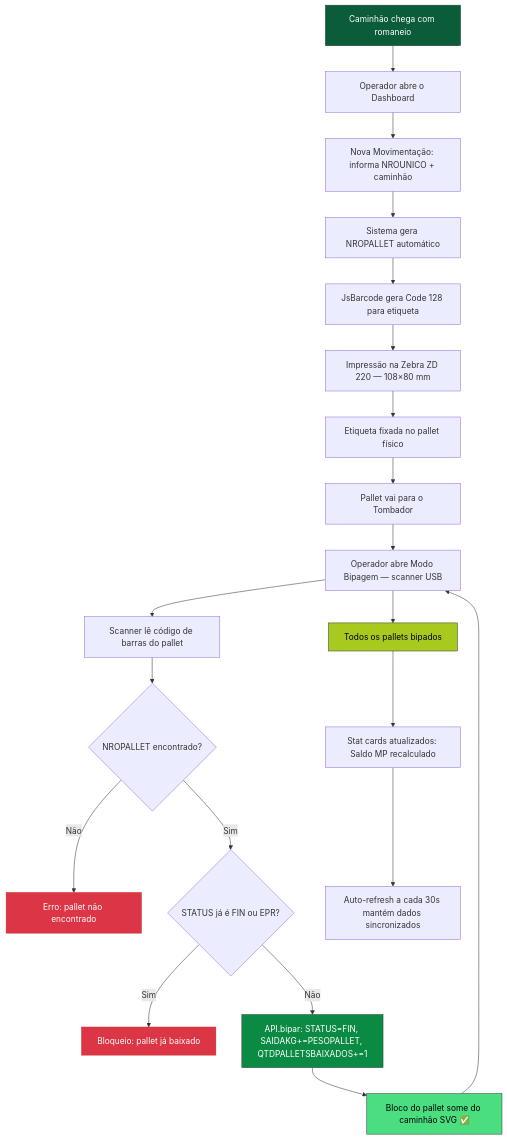
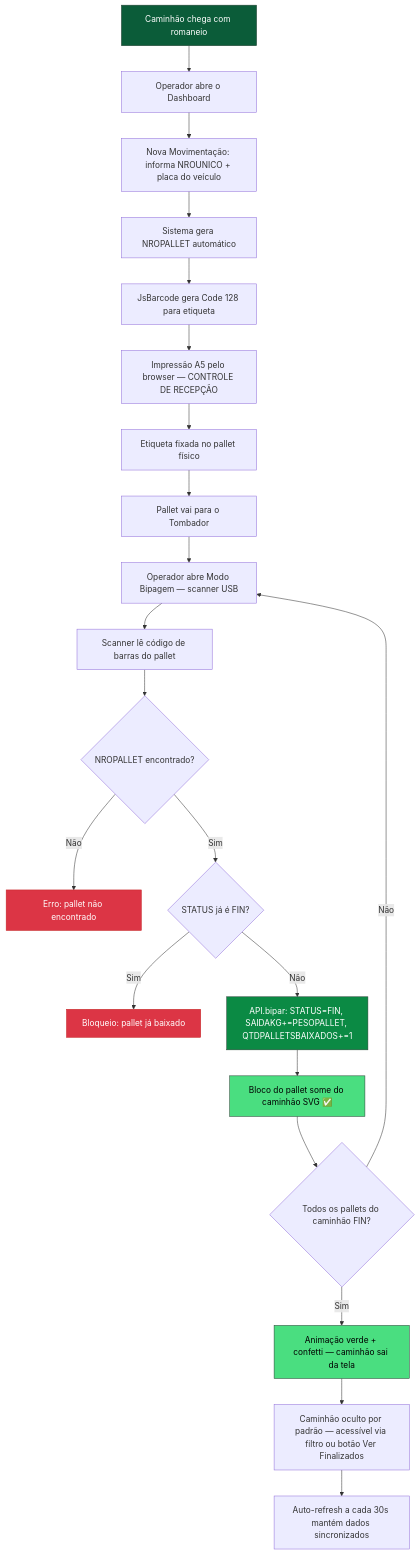
Before and after one commit to GrupoArgoFruta/PRJ-Recepcao: the diagram in README.md, drawn with Mermaid. The commit also changed other lines of this file, not shown here.

````diff
--- a/README.md
+++ b/README.md
@@ -162,29 +173,30 @@
 ```mermaid
 flowchart TD
     A[Caminhão chega com romaneio] --> B[Operador abre o Dashboard]
-    B --> C[Nova Movimentação: informa NROUNICO + caminhão]
+    B --> C[Nova Movimentação: informa NROUNICO + placa do veículo]
     C --> D[Sistema gera NROPALLET automático]
     D --> E[JsBarcode gera Code 128 para etiqueta]
-    E --> F[Impressão na Zebra ZD 220 — 108×80 mm]
+    E --> F[Impressão A5 pelo browser — CONTROLE DE RECEPÇÃO]
     F --> G[Etiqueta fixada no pallet físico]
     G --> H[Pallet vai para o Tombador]
     H --> I[Operador abre Modo Bipagem — scanner USB]
     I --> J[Scanner lê código de barras do pallet]
     J --> K{NROPALLET encontrado?}
     K -- Não --> L[Erro: pallet não encontrado]
-    K -- Sim --> M{STATUS já é FIN ou EPR?}
+    K -- Sim --> M{STATUS já é FIN?}
     M -- Sim --> N[Bloqueio: pallet já baixado]
     M -- Não --> O[API.bipar: STATUS=FIN, SAIDAKG+=PESOPALLET, QTDPALLETSBAIXADOS+=1]
     O --> P[Bloco do pallet some do caminhão SVG ✅]
-    P --> I
-    I --> Q[Todos os pallets bipados]
-    Q --> R[Stat cards atualizados: Saldo MP recalculado]
-    R --> S[Auto-refresh a cada 30s mantém dados sincronizados]
+    P --> Q{Todos os pallets do caminhão FIN?}
+    Q -- Não --> I
+    Q -- Sim --> R[Animação verde + confetti — caminhão sai da tela]
+    R --> S[Caminhão oculto por padrão — acessível via filtro ou botão Ver Finalizados]
+    S --> T[Auto-refresh a cada 30s mantém dados sincronizados]
 
     style A fill:#0b5c39,color:#fff,stroke:#274135
-    style Q fill:#a8c91d,color:#000,stroke:#274135
+    style R fill:#4ade80,color:#000,stroke:#274135
     style L fill:#dc3545,color:#fff,stroke:#c62828
     style N fill:#dc3545,color:#fff,stroke:#c62828
     style O fill:#0b8a44,color:#fff,stroke:#274135
     style P fill:#4ade80,color:#000,stroke:#274135
 ```
````
